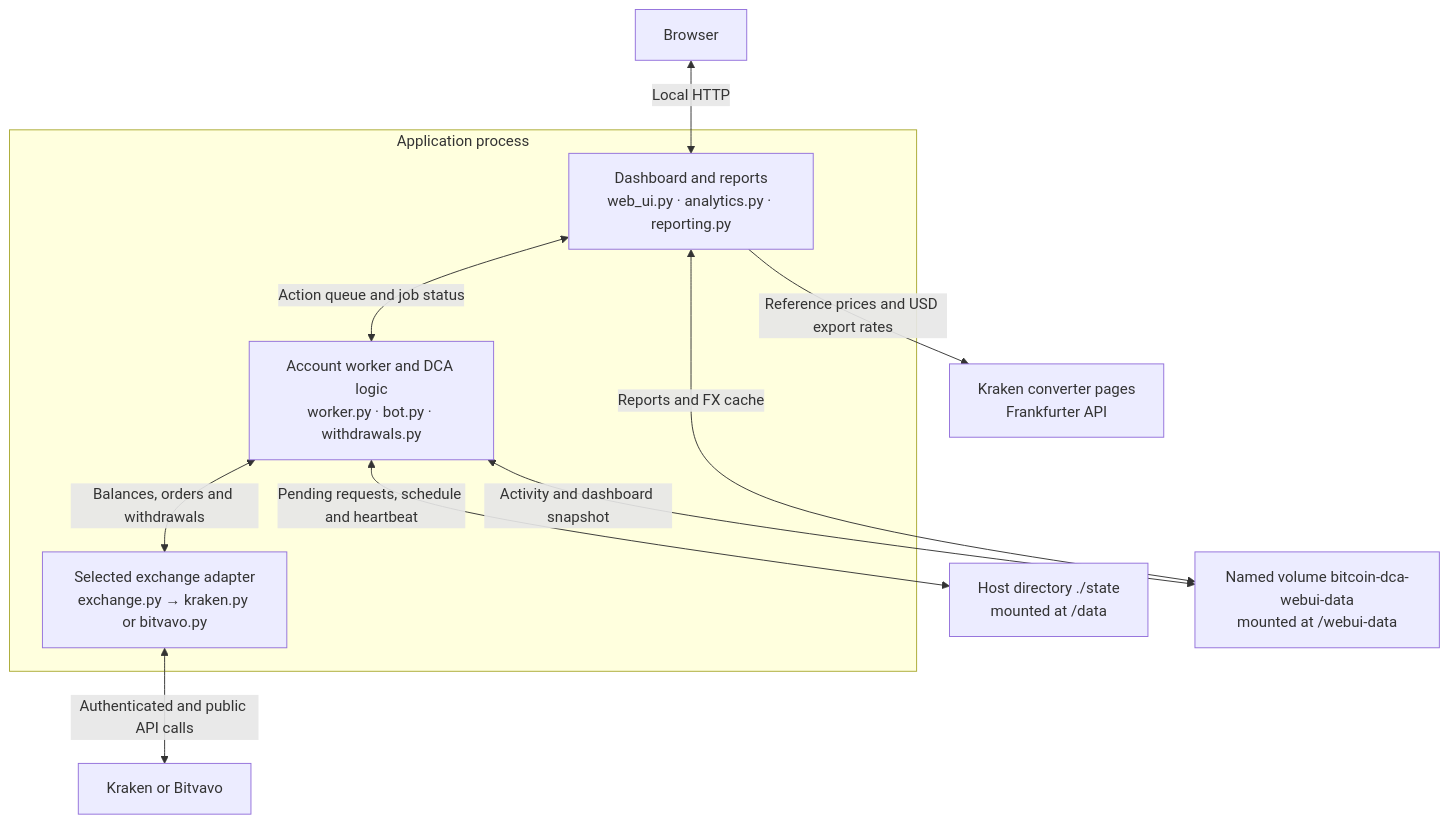
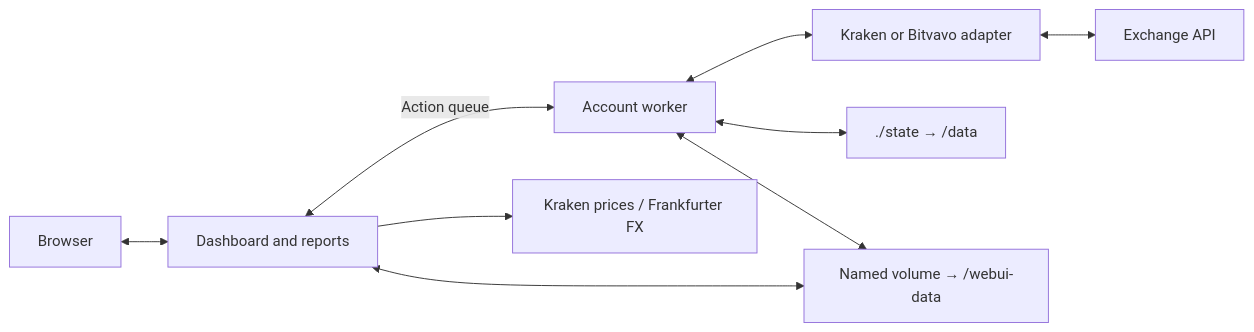
One commit to lvrbschff/docker-bitcoin-dca changed the diagram in README.md. Above: the diagram before and after it, drawn with Mermaid. The commit also changed other lines of this file, not shown here.

Commit message:
Condense README around setup, behavior, dashboard and operation

````diff
--- a/README.md
+++ b/README.md
@@ -195,16 +116,11 @@
-```mermaid
-flowchart TB
-    Browser["Browser"] <-->|Local HTTP| Web
-    subgraph App["Application process"]
-        Web["Dashboard and reports<br/>web_ui.py · analytics.py · reporting.py"]
-        Worker["Account worker and DCA logic<br/>worker.py · bot.py · withdrawals.py"]
-        Adapter["Selected exchange adapter<br/>exchange.py → kraken.py or bitvavo.py"]
-        Web <-->|Action queue and job status| Worker
-        Worker <-->|Balances, orders and withdrawals| Adapter
-    end
-    Adapter <-->|Authenticated and public API calls| Exchange["Kraken or Bitvavo"]
-    Web -->|Reference prices and USD export rates| Sources["Kraken converter pages<br/>Frankfurter API"]
-    Worker <-->|Pending requests, schedule and heartbeat| State["Host directory ./state<br/>mounted at /data"]
-    Worker <-->|Activity and dashboard snapshot| Data["Named volume bitcoin-dca-webui-data<br/>mounted at /webui-data"]
-    Web <-->|Reports and FX cache| Data
-```
+~~~mermaid
+flowchart LR
+    Browser <--> Web["Dashboard and reports"]
+    Web <-->|Action queue| Worker["Account worker"]
+    Worker <--> Adapter["Kraken or Bitvavo adapter"]
+    Adapter <--> Exchange["Exchange API"]
+    Worker <--> State["./state → /data"]
+    Worker <--> Data["Named volume → /webui-data"]
+    Web <--> Data
+    Web --> Sources["Kraken prices / Frankfurter FX"]
+~~~
````
